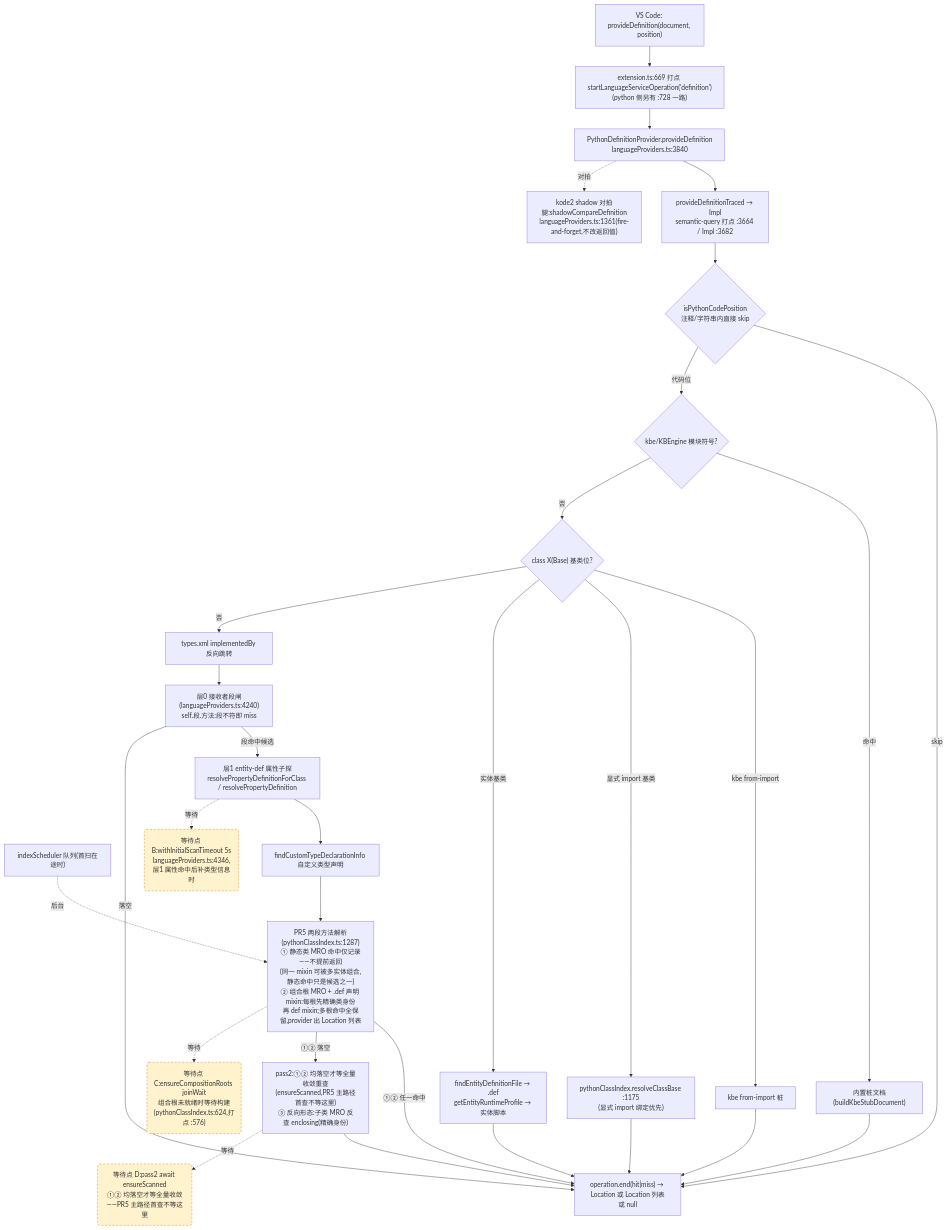
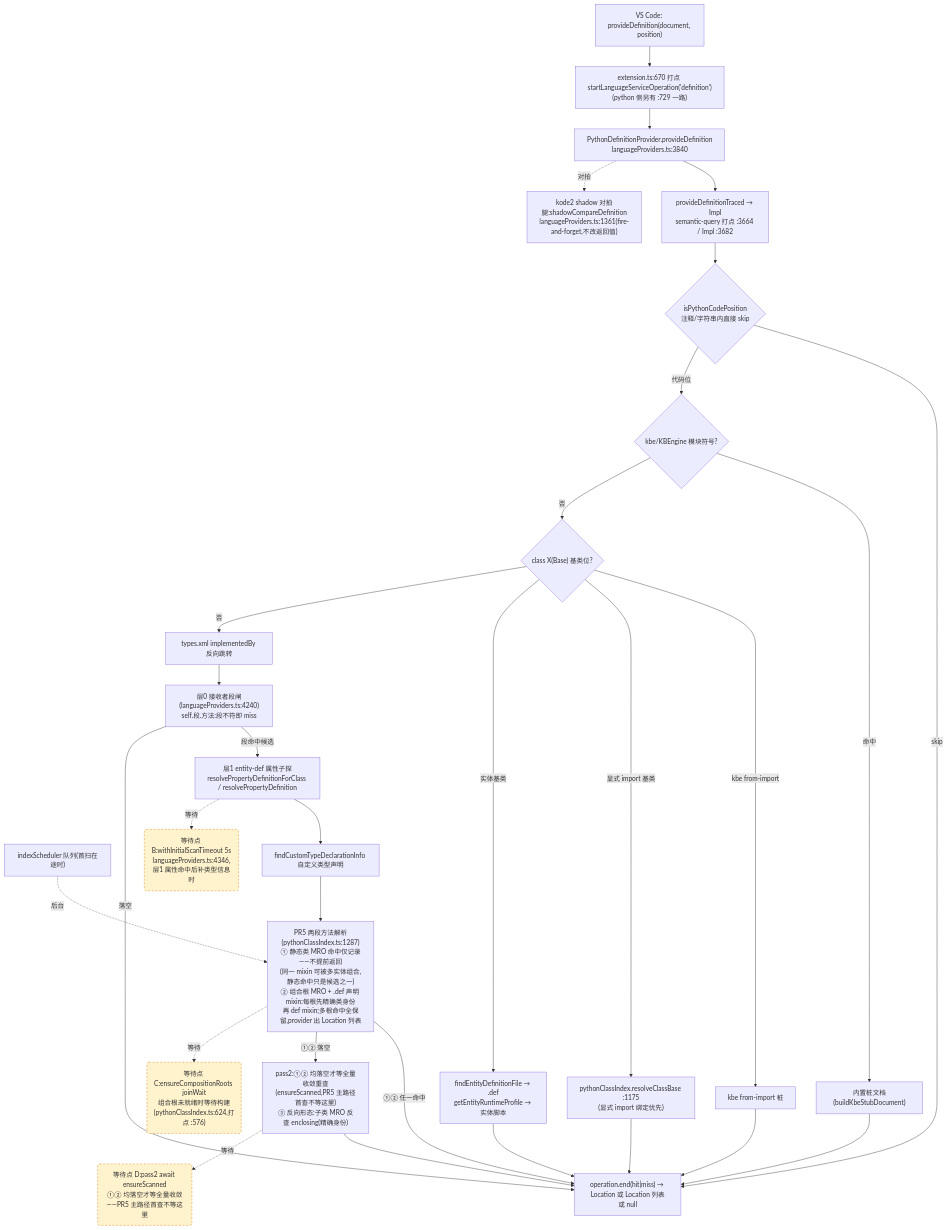
The second of 4 diagrams in docs/perf/2026-baseline.md (cuihairu/kode), drawn with Mermaid before and after one commit. The commit also changed other lines of this file and 9 other files, not shown here.

````diff
--- a/docs/perf/2026-baseline.md
+++ b/docs/perf/2026-baseline.md
@@ -130,51 +130,51 @@
 ```mermaid
 flowchart TD
   VC2["VS Code: provideDefinition(document, position)"]
-  M2["extension.ts:669 打点 startLanguageServiceOperation('definition')<br/>(python 侧另有 :728 一路)"]
+  M2["extension.ts:670 打点 startLanguageServiceOperation('definition')<br/>(python 侧另有 :729 一路)"]
   AD2["PythonDefinitionProvider.provideDefinition<br/>languageProviders.ts:3840"]
   TR["provideDefinitionTraced → Impl<br/>semantic-query 打点 :3664 / Impl :3682"]
   CTX{"isPythonCodePosition<br/>注释/字符串内直接 skip"}
   KBE{"kbe/KBEngine 模块符号?"}
   STUB["内置桩文档(buildKbeStubDocument)"]
   CB{"class X(Base) 基类位?"}
   CB1["kbe from-import 桩"]
   CB2["pythonClassIndex.resolveClassBase :1175<br/>(显式 import 绑定优先)"]
   CB3["findEntityDefinitionFile → .def<br/>getEntityRuntimeProfile → 实体脚本"]
   REV["types.xml implementedBy 反向跳转"]
   L0["层0 接收者段闸(languageProviders.ts:4240)<br/>self.段.方法:段不符即 miss"]
   L1["层1 entity-def 属性子探<br/>resolvePropertyDefinitionForClass / resolvePropertyDefinition"]
   SCAN["indexScheduler 队列(首扫在途时)"]
   TY["findCustomTypeDeclarationInfo 自定义类型声明"]
   MRO["PR5 两段方法解析(pythonClassIndex.ts:1287)<br/>① 静态类 MRO 命中仅记录——不提前返回<br/>(同一 mixin 可被多实体组合,静态命中只是候选之一)<br/>② 组合根 MRO + .def 声明 mixin:每根先精确类身份<br/>再 def mixin;多根命中全保留,provider 出 Location 列表"]
   PASS2["pass2:①② 均落空才等全量收敛重查<br/>(ensureScanned,PR5 主路径首查不等这里)<br/>③ 反向形态:子类 MRO 反查 enclosing(精确身份)"]
   SHD["kode2 shadow 对拍腿:shadowCompareDefinition<br/>languageProviders.ts:1361(fire-and-forget,不改返回值)"]
   END2["operation.end(hit|miss) → Location 或 Location 列表或 null"]
 
   VC2 --> M2 --> AD2 --> TR --> CTX
   CTX -- "skip" --> END2
   CTX -- "代码位" --> KBE
   KBE -- "命中" --> STUB --> END2
   KBE -- "否" --> CB
   CB -- "kbe from-import" --> CB1 --> END2
   CB -- "显式 import 基类" --> CB2 --> END2
   CB -- "实体基类" --> CB3 --> END2
   CB -- "否" --> REV --> L0
   L0 -- "段命中候选" --> L1
   L0 -- "落空" --> END2
   L1 --> TY
   TY --> MRO
   MRO -- "①② 任一命中" --> END2
   MRO -- "①② 落空" --> PASS2 --> END2
   AD2 -.->|对拍| SHD
 
   WAITB("等待点 B:withInitialScanTimeout 5s<br/>languageProviders.ts:4346,层1 属性命中后补类型信息时")
   WAITC("等待点 C:ensureCompositionRoots joinWait<br/>组合根未就绪时等待构建(pythonClassIndex.ts:624,打点 :576)")
   WAITD("等待点 D:pass2 await ensureScanned<br/>①② 均落空才等全量收敛——PR5 主路径首查不等这里")
   L1 -.->|等待| WAITB
   MRO -.->|等待| WAITC
   PASS2 -.->|等待| WAITD
   SCAN -.->|后台| MRO
 
   classDef waitPoint fill:#fff3cd,stroke:#d97706,stroke-dasharray:5 4;
   class WAITB,WAITC,WAITD waitPoint;
 ```
````
